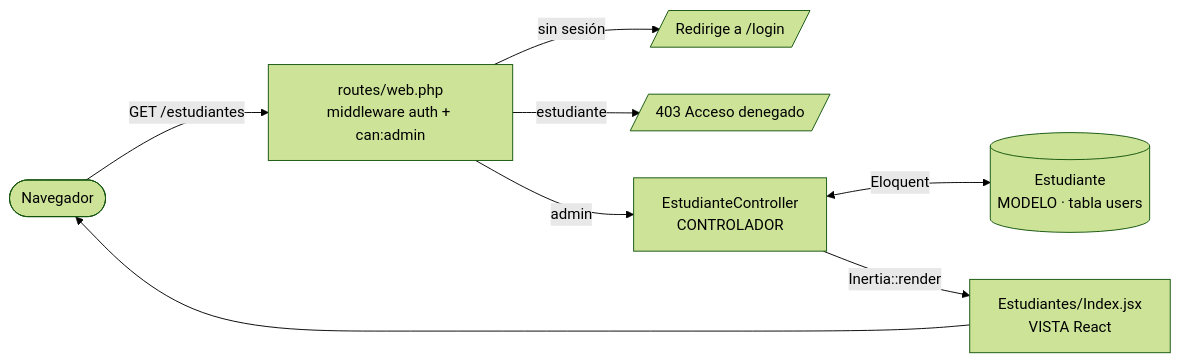
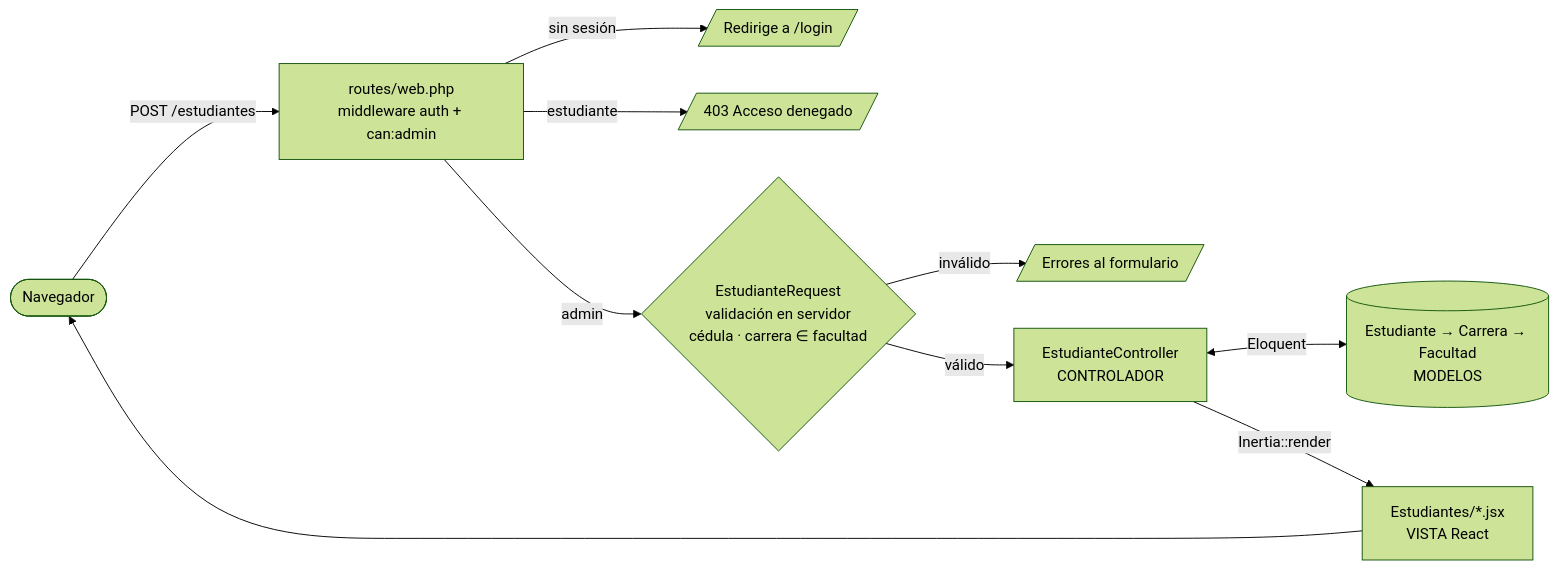
One commit to Miguel14011/Login_Crud_Estudiantes changed the second of 2 diagrams in README.md. Above: the diagram before and after it, drawn with Mermaid (forest theme). The commit also changed other lines of this file and 36 other files, not shown here.

Commit message:
Validación de cédula en backend, dropdowns Facultad - Carrera y despliegue en Render

````diff
--- a/README.md
+++ b/README.md
@@ -98,10 +209,12 @@
 ```mermaid
 flowchart LR
-    U([Navegador]) -->|GET /estudiantes| R[routes/web.php<br/>middleware auth + can:admin]
+    U([Navegador]) -->|POST /estudiantes| R[routes/web.php<br/>middleware auth + can:admin]
     R -->|sin sesión| L[/Redirige a /login/]
     R -->|estudiante| F[/403 Acceso denegado/]
-    R -->|admin| C[EstudianteController<br/>CONTROLADOR]
-    C <-->|Eloquent| M[(Estudiante<br/>MODELO · tabla users)]
-    C -->|Inertia::render| V[Estudiantes/Index.jsx<br/>VISTA React]
+    R -->|admin| V1{EstudianteRequest<br/>validación en servidor<br/>cédula · carrera ∈ facultad}
+    V1 -->|inválido| E[/Errores al formulario/]
+    V1 -->|válido| C[EstudianteController<br/>CONTROLADOR]
+    C <-->|Eloquent| M[(Estudiante → Carrera → Facultad<br/>MODELOS)]
+    C -->|Inertia::render| V[Estudiantes/*.jsx<br/>VISTA React]
     V --> U
 ```
````
